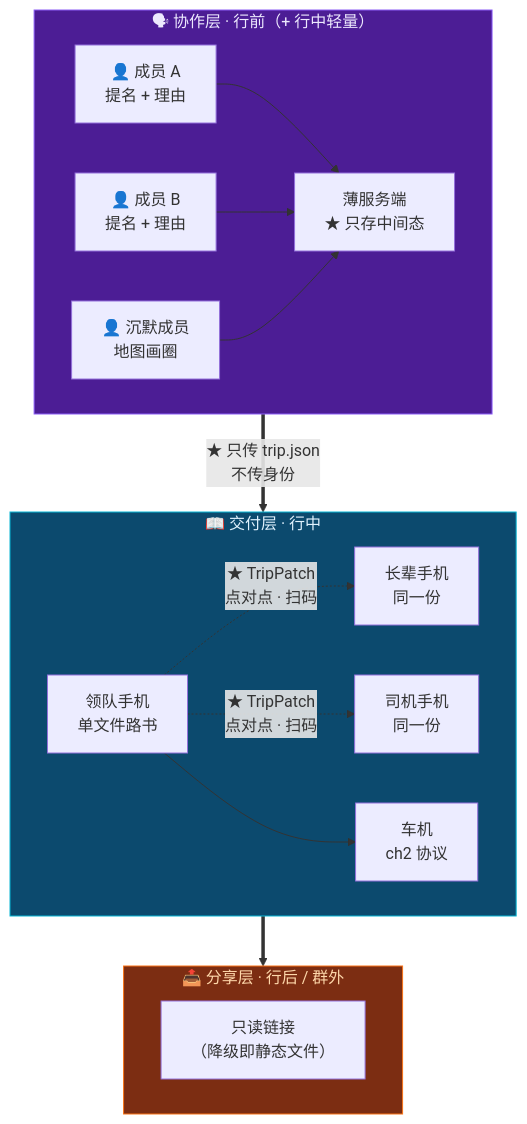
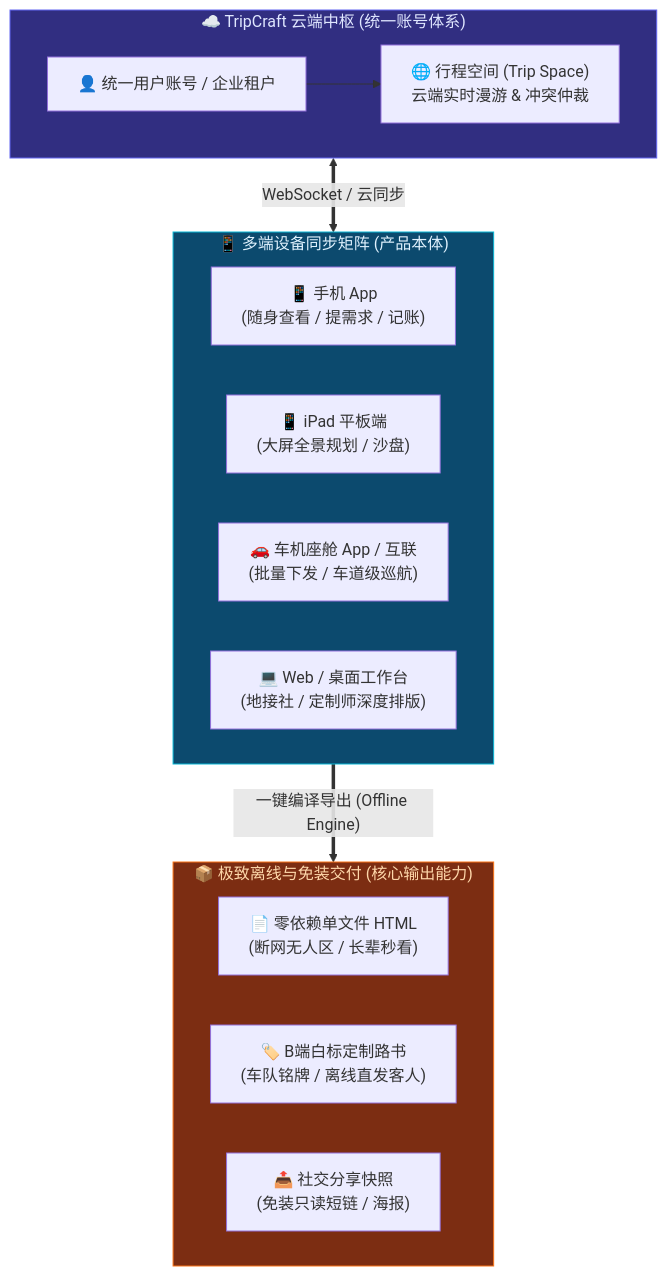
Before and after one commit to JohnMaxwell0123/TripCraft: the diagram in docs/15-multi-device-and-collaboration.md, drawn with Mermaid. The commit also changed other lines of this file and 4 other files, not shown here.

````diff
--- a/docs/15-multi-device-and-collaboration.md
+++ b/docs/15-multi-device-and-collaboration.md
@@ -77,35 +67,30 @@
 ```mermaid
 flowchart TB
-    subgraph C["🗣 协作层 · 行前（+ 行中轻量）"]
-        direction LR
-        U1["👤 成员 A<br/>提名 + 理由"]
-        U2["👤 成员 B<br/>提名 + 理由"]
-        U3["👤 沉默成员<br/>地图画圈"]
-        SY["薄服务端<br/>★ 只存中间态"]
-        U1 --> SY
-        U2 --> SY
-        U3 --> SY
+    subgraph CLOUD["☁️ TripCraft 云端中枢 (统一账号体系)"]
+        ACC["👤 统一用户账号 / 企业租户"]
+        TS["🌐 行程空间 (Trip Space)<br/>云端实时漫游 & 冲突仲裁"]
+        ACC --> TS
     end
 
-    subgraph D["📖 交付层 · 行中"]
+    subgraph APPS["📱 多端设备同步矩阵 (产品本体)"]
         direction LR
-        RB1["领队手机<br/>单文件路书"]
-        RB2["长辈手机<br/>同一份"]
-        RB3["司机手机<br/>同一份"]
-        RB4["车机<br/>ch2 协议"]
-        RB1 -.->|"★ TripPatch<br/>点对点 · 扫码"| RB2
-        RB1 -.->|"★ TripPatch<br/>点对点 · 扫码"| RB3
-        RB1 --> RB4
+        M["📱 手机 App<br/>(随身查看 / 提需求 / 记账)"]
+        PAD["📱 iPad 平板端<br/>(大屏全景规划 / 沙盘)"]
+        CAR["🚗 车机座舱 App / 互联<br/>(批量下发 / 车道级巡航)"]
+        PC["💻 Web / 桌面工作台<br/>(地接社 / 定制师深度排版)"]
     end
 
-    subgraph S["📤 分享层 · 行后 / 群外"]
-        L1["只读链接<br/>（降级即静态文件）"]
+    subgraph OFFLINE["📦 极致离线与免装交付 (核心输出能力)"]
+        direction LR
+        HTML["📄 零依赖单文件 HTML<br/>(断网无人区 / 长辈秒看)"]
+        WHITE["🏷️ B端白标定制路书<br/>(车队铭牌 / 离线直发客人)"]
+        SHARE["📤 社交分享快照<br/>(免装只读短链 / 海报)"]
     end
 
-    SY ==>|"★ 只传 trip.json<br/>不传身份"| RB1
-    D ==> S
+    CLOUD <==>|"WebSocket / 云同步"| APPS
+    APPS ==>|"一键编译导出 (Offline Engine)"| OFFLINE
 
-    style C fill:#4c1d95,stroke:#8b5cf6,color:#ede9fe
-    style D fill:#0c4a6e,stroke:#06b6d4,color:#e0f2fe
-    style S fill:#7c2d12,stroke:#f97316,color:#fed7aa
+    style CLOUD fill:#312e81,stroke:#6366f1,color:#e0e7ff
+    style APPS fill:#0c4a6e,stroke:#06b6d4,color:#e0f2fe
+    style OFFLINE fill:#7c2d12,stroke:#f97316,color:#fed7aa
 ```
````
